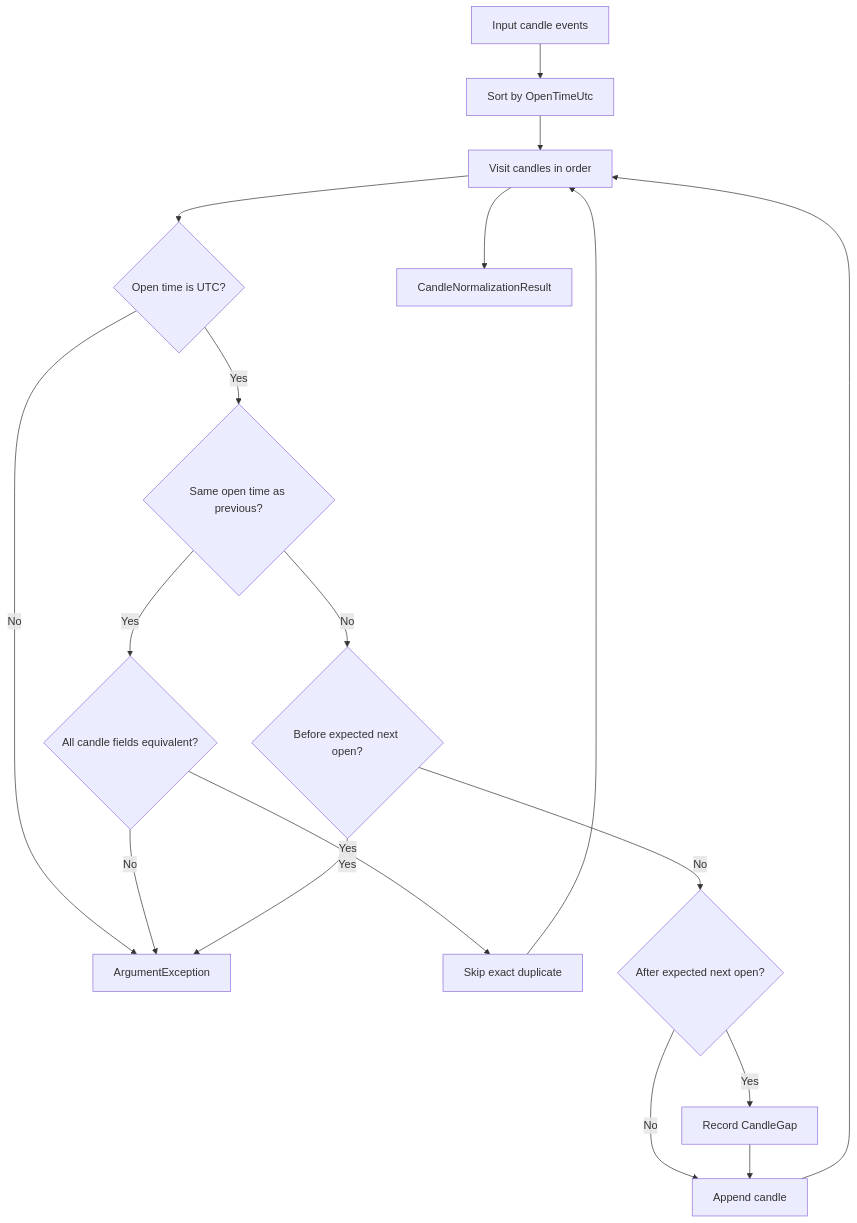
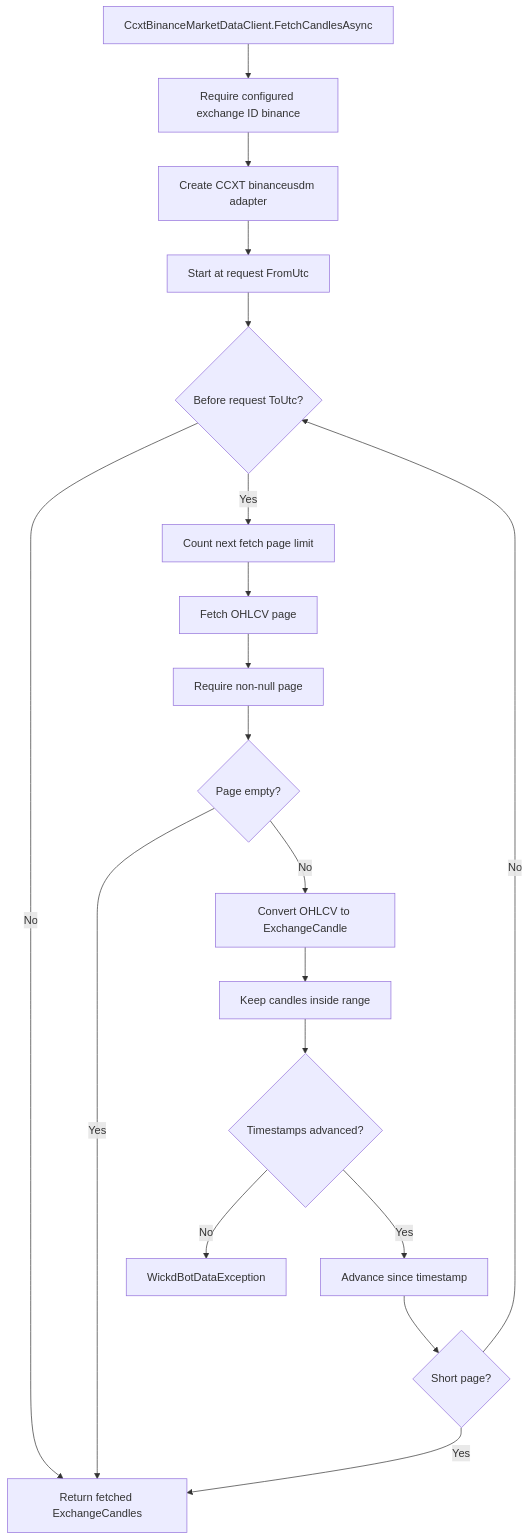
The third of 6 diagrams in docs/business-flows.md (WickdAlgo/wickdbot-dotnet), drawn with Mermaid before and after one commit. The commit also changed other lines of this file, not shown here.

Commit message:
docs: update business flow diagrams for phase 2

````diff
--- a/docs/business-flows.md
+++ b/docs/business-flows.md
@@ -54,20 +80,21 @@
 ```mermaid
 flowchart TD
-    A["Input candle events"] --> B["Sort by OpenTimeUtc"]
-    B --> C["Visit candles in order"]
-    C --> D{"Open time is UTC?"}
-    D -->|No| E["ArgumentException"]
-    D -->|Yes| F{"Same open time as previous?"}
-    F -->|Yes| G{"All candle fields equivalent?"}
-    G -->|Yes| H["Skip exact duplicate"]
-    G -->|No| E
-    F -->|No| I{"Before expected next open?"}
-    I -->|Yes| E
-    I -->|No| J{"After expected next open?"}
-    J -->|Yes| K["Record CandleGap"]
-    J -->|No| L["Append candle"]
-    K --> L
-    H --> C
-    L --> C
-    C --> M["CandleNormalizationResult"]
+    A["CcxtBinanceMarketDataClient.FetchCandlesAsync"] --> B["Require configured exchange ID binance"]
+    B --> C["Create CCXT binanceusdm adapter"]
+    C --> D["Start at request FromUtc"]
+    D --> E{"Before request ToUtc?"}
+    E -->|No| F["Return fetched ExchangeCandles"]
+    E -->|Yes| G["Count next fetch page limit"]
+    G --> H["Fetch OHLCV page"]
+    H --> I["Require non-null page"]
+    I --> J{"Page empty?"}
+    J -->|Yes| F
+    J -->|No| K["Convert OHLCV to ExchangeCandle"]
+    K --> L["Keep candles inside range"]
+    L --> M{"Timestamps advanced?"}
+    M -->|No| N["WickdBotDataException"]
+    M -->|Yes| O["Advance since timestamp"]
+    O --> P{"Short page?"}
+    P -->|Yes| F
+    P -->|No| E
 ```
````
